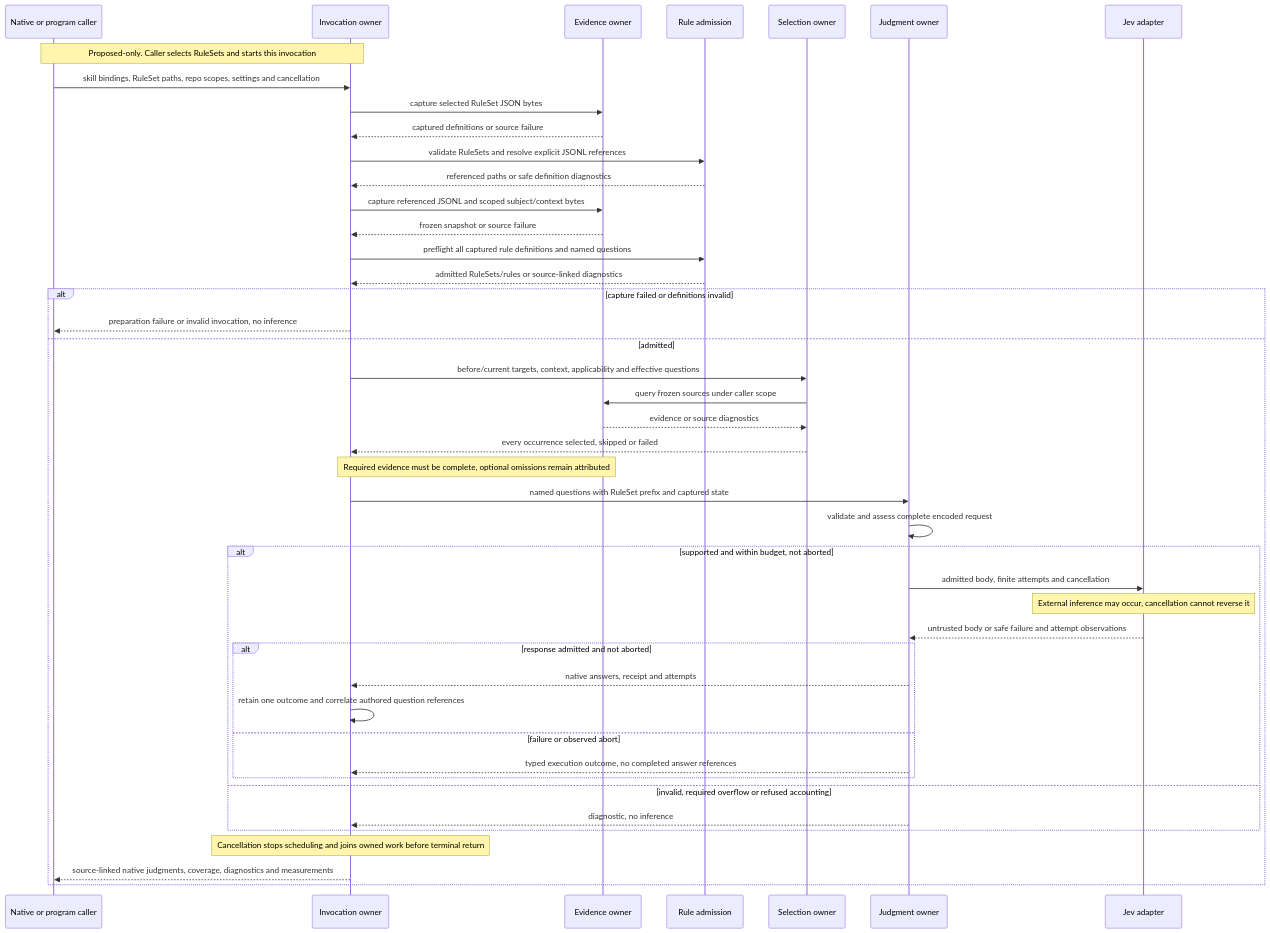
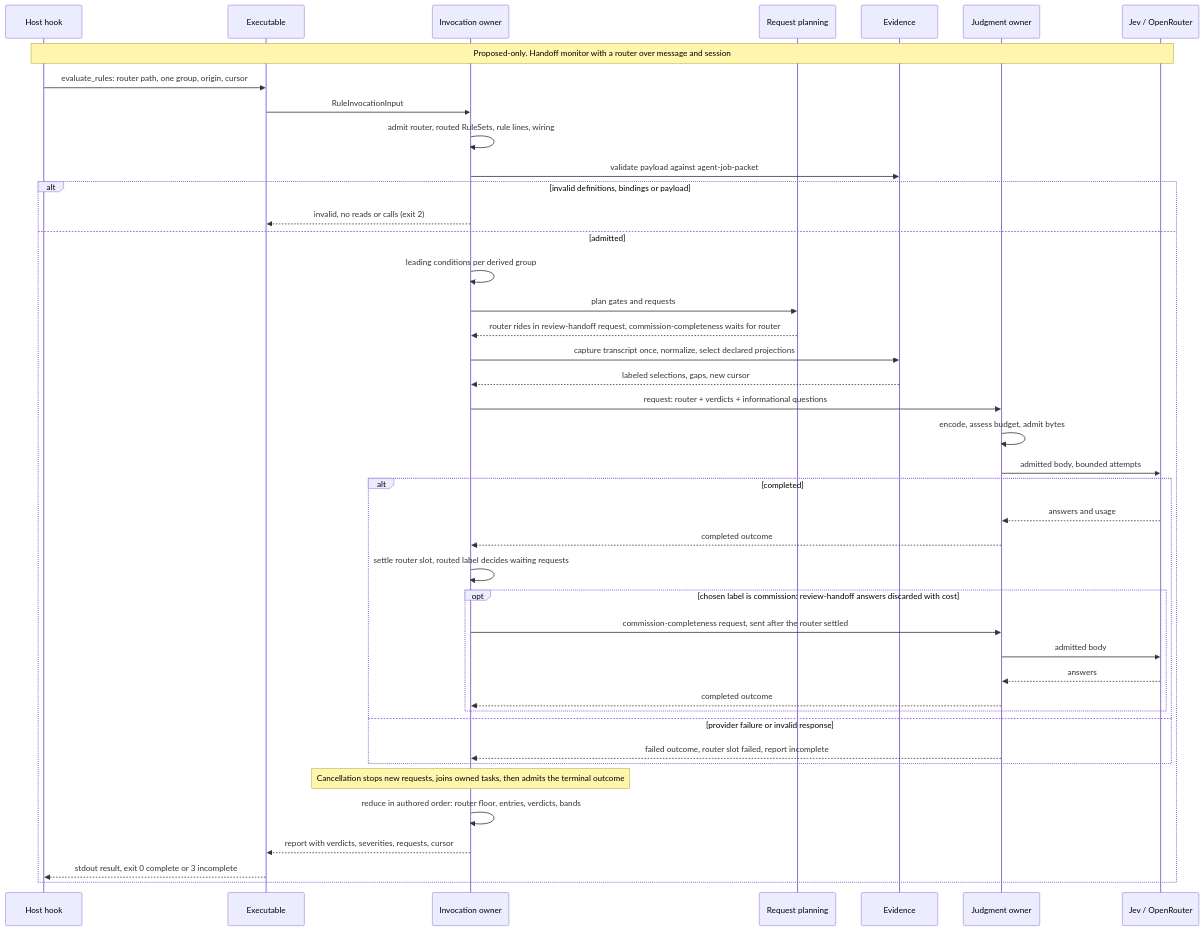
One commit to ShravanSunder/sunstack-tools changed the diagram in docs/specs/2026-10-12-rust-rule-engine/assets/execution-sequence.mmd. Above: the diagram before and after it, drawn with Mermaid. The commit also changed 36 other files, not shown here.

First line of the commit message:
docs: realize generic rule engine in Program Design, schemas and examples

```diff
--- a/docs/specs/2026-10-12-rust-rule-engine/assets/execution-sequence.mmd
+++ b/docs/specs/2026-10-12-rust-rule-engine/assets/execution-sequence.mmd
@@ -1,44 +1,42 @@
 sequenceDiagram
-  participant Host as Native or program caller
-  participant Run as Invocation owner
-  participant Src as Evidence owner
-  participant Rules as Rule admission
-  participant Sel as Selection owner
-  participant Judge as Judgment owner
-  participant HTTP as Jev adapter
-  Note over Host,Run: Proposed-only. Caller selects RuleSets and starts this invocation
-  Host->>Run: skill bindings, RuleSet paths, repo scopes, settings and cancellation
-  Run->>Src: capture selected RuleSet JSON bytes
-  Src-->>Run: captured definitions or source failure
-  Run->>Rules: validate RuleSets and resolve explicit JSONL references
-  Rules-->>Run: referenced paths or safe definition diagnostics
-  Run->>Src: capture referenced JSONL and scoped subject/context bytes
-  Src-->>Run: frozen snapshot or source failure
-  Run->>Rules: preflight all captured rule definitions and named questions
-  Rules-->>Run: admitted RuleSets/rules or source-linked diagnostics
-  alt capture failed or definitions invalid
-    Run-->>Host: preparation failure or invalid invocation, no inference
+  participant Hook as Host hook
+  participant CLI as Executable
+  participant Inv as Invocation owner
+  participant Plan as Request planning
+  participant Ev as Evidence
+  participant Dec as Judgment owner
+  participant Jev as Jev / OpenRouter
+  Note over Hook,Jev: Proposed-only. Handoff monitor with a router over message and session
+  Hook->>CLI: evaluate_rules: router path, one group, origin, cursor
+  CLI->>Inv: RuleInvocationInput
+  Inv->>Inv: admit router, routed RuleSets, rule lines, wiring
+  Inv->>Ev: validate payload against agent-job-packet
+  alt invalid definitions, bindings or payload
+    Inv-->>CLI: invalid, no reads or calls (exit 2)
   else admitted
-    Run->>Sel: before/current targets, context, applicability and effective questions
-    Sel->>Src: query frozen sources under caller scope
-    Src-->>Sel: evidence or source diagnostics
-    Sel-->>Run: every occurrence selected, skipped or failed
-    Note over Run,Src: Required evidence must be complete, optional omissions remain attributed
-    Run->>Judge: named questions with RuleSet prefix and captured state
-    Judge->>Judge: validate and assess complete encoded request
-    alt supported and within budget, not aborted
-      Judge->>HTTP: admitted body, finite attempts and cancellation
-      Note over HTTP: External inference may occur, cancellation cannot reverse it
-      HTTP-->>Judge: untrusted body or safe failure and attempt observations
-      alt response admitted and not aborted
-        Judge-->>Run: native answers, receipt and attempts
-        Run->>Run: retain one outcome and correlate authored question references
-      else failure or observed abort
-        Judge-->>Run: typed execution outcome, no completed answer references
+    Inv->>Inv: leading conditions per derived group
+    Inv->>Plan: plan gates and requests
+    Plan-->>Inv: router rides in review-handoff request, commission-completeness waits for router
+    Inv->>Ev: capture transcript once, normalize, select declared projections
+    Ev-->>Inv: labeled selections, gaps, new cursor
+    Inv->>Dec: request: router + verdicts + informational questions
+    Dec->>Dec: encode, assess budget, admit bytes
+    Dec->>Jev: admitted body, bounded attempts
+    alt completed
+      Jev-->>Dec: answers and usage
+      Dec-->>Inv: completed outcome
+      Inv->>Inv: settle router slot, routed label decides waiting requests
+      opt chosen label is commission: review-handoff answers discarded with cost
+        Inv->>Dec: commission-completeness request, sent after the router settled
+        Dec->>Jev: admitted body
+        Jev-->>Dec: answers
+        Dec-->>Inv: completed outcome
       end
-    else invalid, required overflow or refused accounting
-      Judge-->>Run: diagnostic, no inference
+    else provider failure or invalid response
+      Dec-->>Inv: failed outcome, router slot failed, report incomplete
     end
-    Note over Run: Cancellation stops scheduling and joins owned work before terminal return
-    Run-->>Host: source-linked native judgments, coverage, diagnostics and measurements
+    Note over Inv: Cancellation stops new requests, joins owned tasks, then admits the terminal outcome
+    Inv->>Inv: reduce in authored order: router floor, entries, verdicts, bands
+    Inv-->>CLI: report with verdicts, severities, requests, cursor
+    CLI-->>Hook: stdout result, exit 0 complete or 3 incomplete
   end
```
